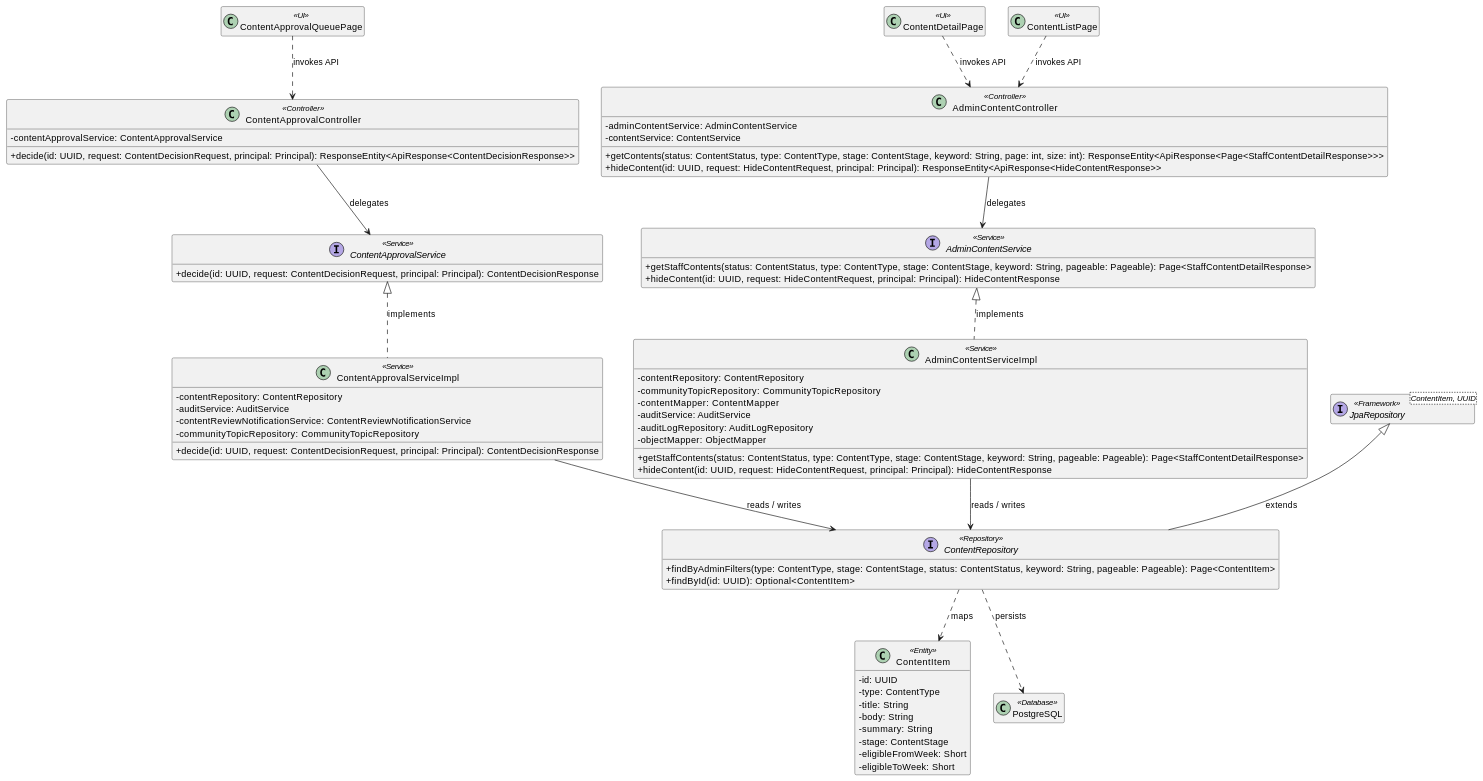
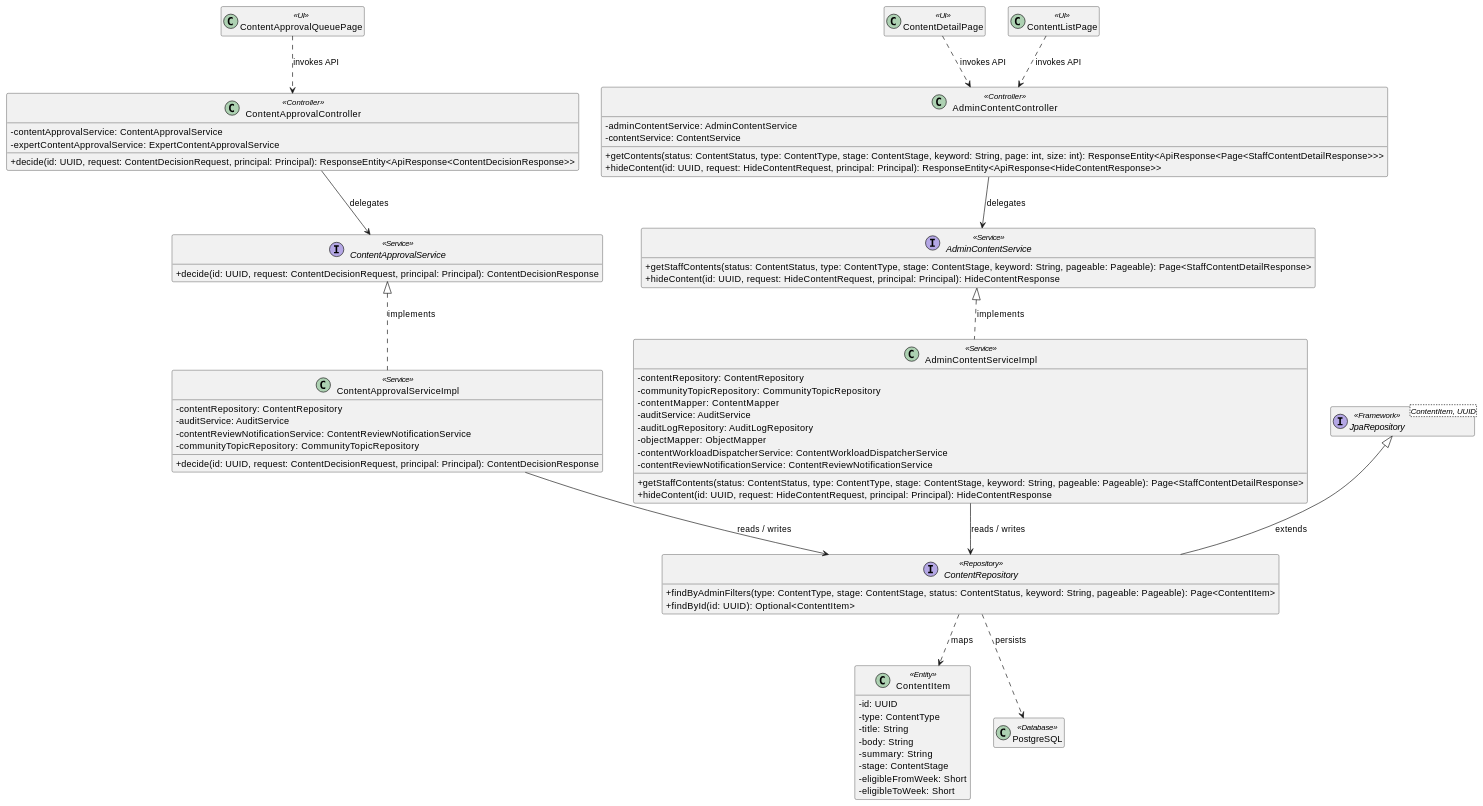
Before and after one commit to ChuongBDHE172784/CareBridge_SEP490_G79: the first of 3 diagrams in 03_Design/Detailed_Design/MF09_Content_Hub/02_Content_Authoring_Review_Publishing_and_Archive.md, drawn with PlantUML. The commit also changed other lines of this file and 61 other files, not shown here.

Commit message:
docs: update detailed design documentation and state chart diagrams across all feature modules

````diff
--- a/03_Design/Detailed_Design/MF09_Content_Hub/02_Content_Authoring_Review_Publishing_and_Archive.md
+++ b/03_Design/Detailed_Design/MF09_Content_Hub/02_Content_Authoring_Review_Publishing_and_Archive.md
@@ -42,72 +42,75 @@
 ```plantuml
 @startuml ClassDiagram_02ContentAuthoringReviewPublishingandArchive
 skinparam classAttributeIconSize 0
 hide empty members
 
 class "ContentApprovalQueuePage" as UIContentApprovalQueuePage <<UI>>
 class "ContentDetailPage" as UIContentDetailPage <<UI>>
 class "ContentListPage" as UIContentListPage <<UI>>
 class "AdminContentController" as ControllerAdminContentController <<Controller>> {
   - adminContentService: AdminContentService
   - contentService: ContentService
   + getContents(status: ContentStatus, type: ContentType, stage: ContentStage, keyword: String, page: int, size: int): ResponseEntity<ApiResponse<Page<StaffContentDetailResponse>>>
   + hideContent(id: UUID, request: HideContentRequest, principal: Principal): ResponseEntity<ApiResponse<HideContentResponse>>
 }
 class "ContentApprovalController" as ControllerContentApprovalController <<Controller>> {
   - contentApprovalService: ContentApprovalService
+  - expertContentApprovalService: ExpertContentApprovalService
   + decide(id: UUID, request: ContentDecisionRequest, principal: Principal): ResponseEntity<ApiResponse<ContentDecisionResponse>>
 }
 interface "AdminContentService" as ServiceContractAdminContentService <<Service>> {
   + getStaffContents(status: ContentStatus, type: ContentType, stage: ContentStage, keyword: String, pageable: Pageable): Page<StaffContentDetailResponse>
   + hideContent(id: UUID, request: HideContentRequest, principal: Principal): HideContentResponse
 }
 class "AdminContentServiceImpl" as ServiceAdminContentServiceImpl <<Service>> {
   - contentRepository: ContentRepository
   - communityTopicRepository: CommunityTopicRepository
   - contentMapper: ContentMapper
   - auditService: AuditService
   - auditLogRepository: AuditLogRepository
   - objectMapper: ObjectMapper
+  - contentWorkloadDispatcherService: ContentWorkloadDispatcherService
+  - contentReviewNotificationService: ContentReviewNotificationService
   + getStaffContents(status: ContentStatus, type: ContentType, stage: ContentStage, keyword: String, pageable: Pageable): Page<StaffContentDetailResponse>
   + hideContent(id: UUID, request: HideContentRequest, principal: Principal): HideContentResponse
 }
 ServiceContractAdminContentService <|.. ServiceAdminContentServiceImpl : implements
 interface "ContentApprovalService" as ServiceContractContentApprovalService <<Service>> {
   + decide(id: UUID, request: ContentDecisionRequest, principal: Principal): ContentDecisionResponse
 }
 class "ContentApprovalServiceImpl" as ServiceContentApprovalServiceImpl <<Service>> {
   - contentRepository: ContentRepository
   - auditService: AuditService
   - contentReviewNotificationService: ContentReviewNotificationService
   - communityTopicRepository: CommunityTopicRepository
   + decide(id: UUID, request: ContentDecisionRequest, principal: Principal): ContentDecisionResponse
 }
 ServiceContractContentApprovalService <|.. ServiceContentApprovalServiceImpl : implements
 interface "ContentRepository" as RepositoryContentRepository <<Repository>> {
   + findByAdminFilters(type: ContentType, stage: ContentStage, status: ContentStatus, keyword: String, pageable: Pageable): Page<ContentItem>
   + findById(id: UUID): Optional<ContentItem>
 }
 class "ContentItem" as EntityContentItem <<Entity>> {
   - id: UUID
   - type: ContentType
   - title: String
   - body: String
   - summary: String
   - stage: ContentStage
   - eligibleFromWeek: Short
   - eligibleToWeek: Short
 }
 interface "JpaRepository<ContentItem, UUID>" as RepositoryBaseContentRepository <<Framework>>
 RepositoryBaseContentRepository <|-- RepositoryContentRepository : extends
 class "PostgreSQL" as DB <<Database>>
 UIContentApprovalQueuePage ..> ControllerContentApprovalController : invokes API
 UIContentDetailPage ..> ControllerAdminContentController : invokes API
 UIContentListPage ..> ControllerAdminContentController : invokes API
 ControllerAdminContentController --> ServiceContractAdminContentService : delegates
 ControllerContentApprovalController --> ServiceContractContentApprovalService : delegates
 ServiceAdminContentServiceImpl --> RepositoryContentRepository : reads / writes
 ServiceContentApprovalServiceImpl --> RepositoryContentRepository : reads / writes
 RepositoryContentRepository ..> EntityContentItem : maps
 RepositoryContentRepository ..> DB : persists
 @enduml
 ```
````
